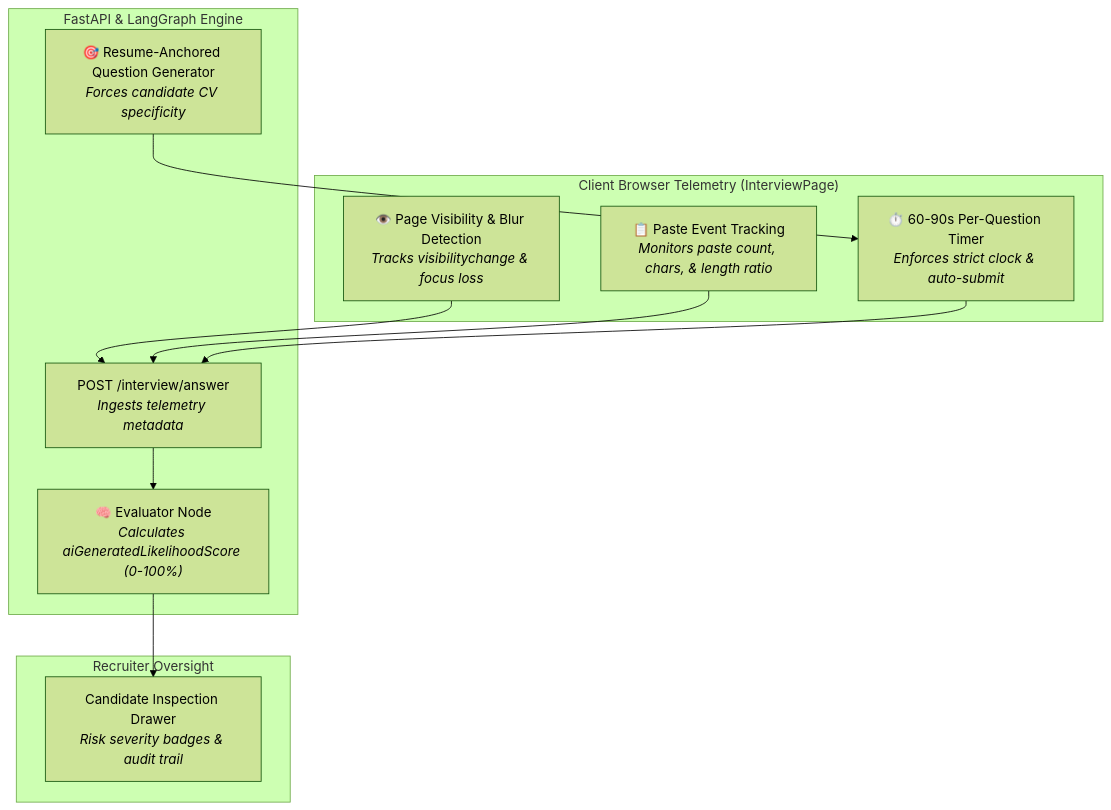
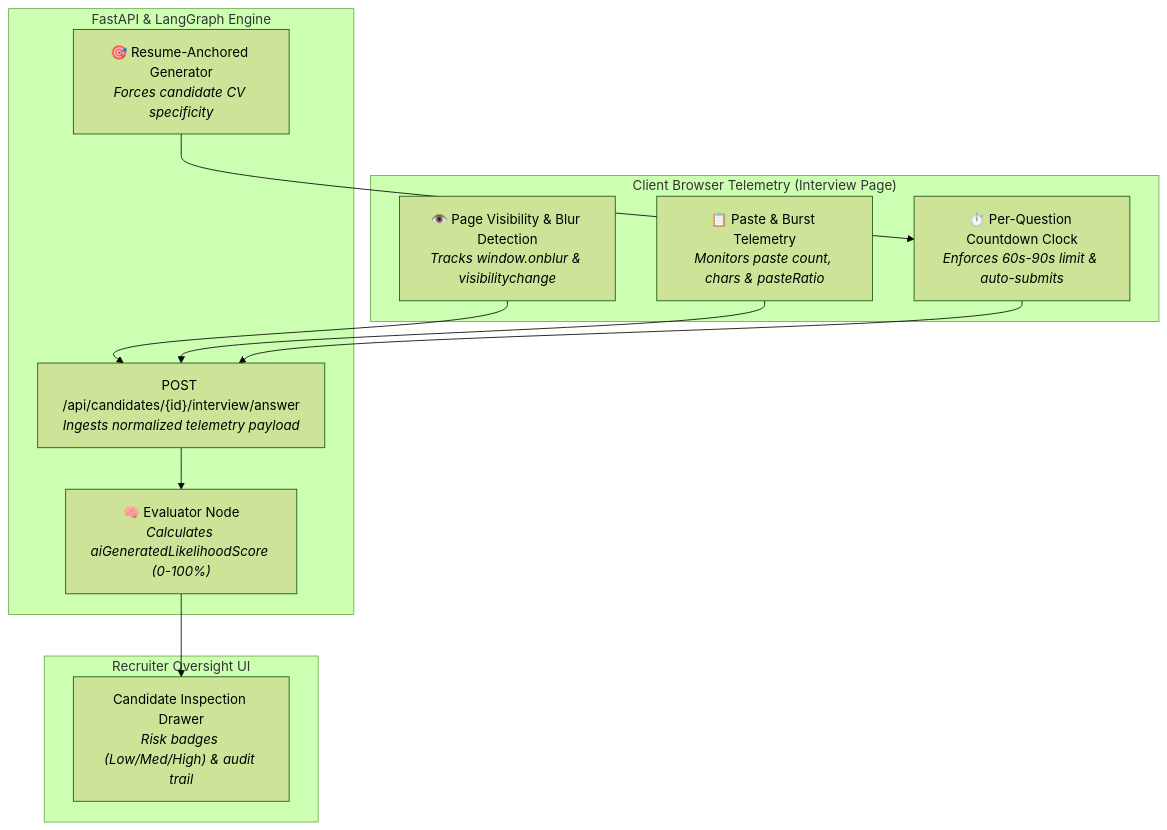
The third of 4 diagrams in README.md (Ibsham7/Recruitment-Agent), drawn with Mermaid (forest theme) before and after one commit. The commit also changed other lines of this file and 8 other files, not shown here.

````diff
--- a/README.md
+++ b/README.md
@@ -292,22 +198,22 @@
 ```mermaid
 flowchart TD
-    subgraph Client ["Client Browser Telemetry (InterviewPage)"]
-        TabBlur["👁️ Page Visibility & Blur Detection<br/><i>Tracks visibilitychange & focus loss</i>"]
-        PasteTrack["📋 Paste Event Tracking<br/><i>Monitors paste count, chars, & length ratio</i>"]
-        Timer["⏱️ 60-90s Per-Question Timer<br/><i>Enforces strict clock & auto-submit</i>"]
+    subgraph Client ["Client Browser Telemetry (Interview Page)"]
+        TabBlur["👁️ Page Visibility & Blur Detection<br/><i>Tracks window.onblur & visibilitychange</i>"]
+        PasteTrack["📋 Paste & Burst Telemetry<br/><i>Monitors paste count, chars & pasteRatio</i>"]
+        Timer["⏱️ Per-Question Countdown Clock<br/><i>Enforces 60s-90s limit & auto-submits</i>"]
     end
 
     subgraph Backend ["FastAPI & LangGraph Engine"]
-        API["POST /interview/answer<br/><i>Ingests telemetry metadata</i>"]
-        QuestionGen["🎯 Resume-Anchored Question Generator<br/><i>Forces candidate CV specificity</i>"]
+        API["POST /api/candidates/{id}/interview/answer<br/><i>Ingests normalized telemetry payload</i>"]
+        QuestionGen["🎯 Resume-Anchored Generator<br/><i>Forces candidate CV specificity</i>"]
         Evaluator["🧠 Evaluator Node<br/><i>Calculates aiGeneratedLikelihoodScore (0-100%)</i>"]
     end
 
-    subgraph Recruiter ["Recruiter Oversight"]
-        UI["Candidate Inspection Drawer<br/><i>Risk severity badges & audit trail</i>"]
+    subgraph Recruiter ["Recruiter Oversight UI"]
+        UI["Candidate Inspection Drawer<br/><i>Risk badges (Low/Med/High) & audit trail</i>"]
     end
 
     TabBlur & PasteTrack & Timer --> API --> Evaluator
     QuestionGen --> Timer
     Evaluator --> UI
 ```
````
